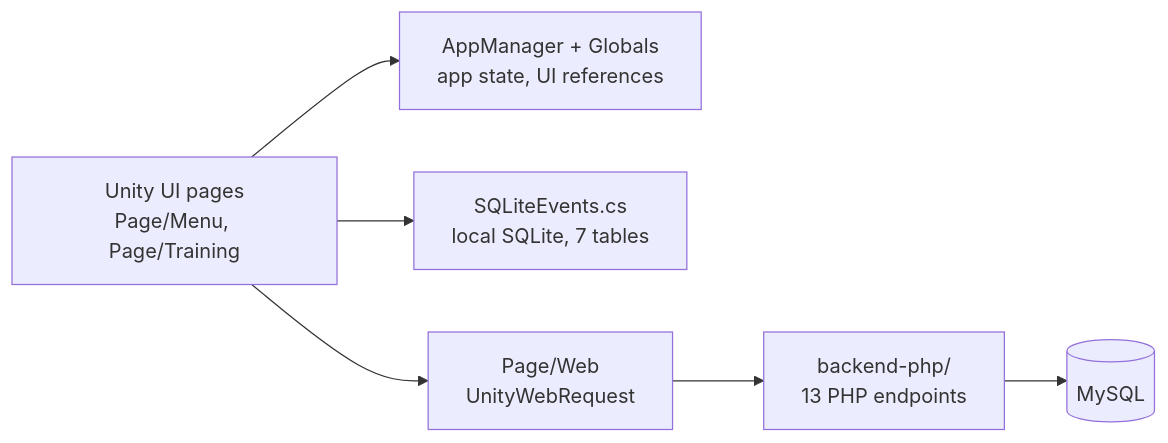
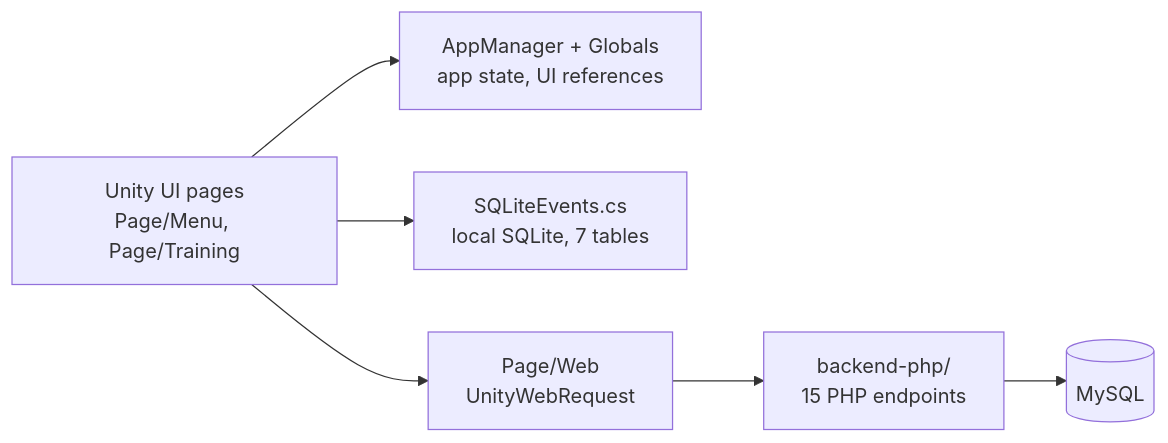
One commit to nico-1717/gym-app-prototype changed the diagram in README.md. Above: the diagram before and after it, drawn with Mermaid. The commit also changed other lines of this file, not shown here.

````diff
--- a/README.md
+++ b/README.md
@@ -17,8 +17,8 @@
 ```mermaid
 flowchart LR
     UI["Unity UI pages<br/>Page/Menu, Page/Training"] --> STATE["AppManager + Globals<br/>app state, UI references"]
     UI --> SQL["SQLiteEvents.cs<br/>local SQLite, 7 tables"]
     UI --> WEB["Page/Web<br/>UnityWebRequest"]
-    WEB --> API["backend-php/<br/>13 PHP endpoints"]
+    WEB --> API["backend-php/<br/>15 PHP endpoints"]
     API --> DB[("MySQL")]
 ```
````
